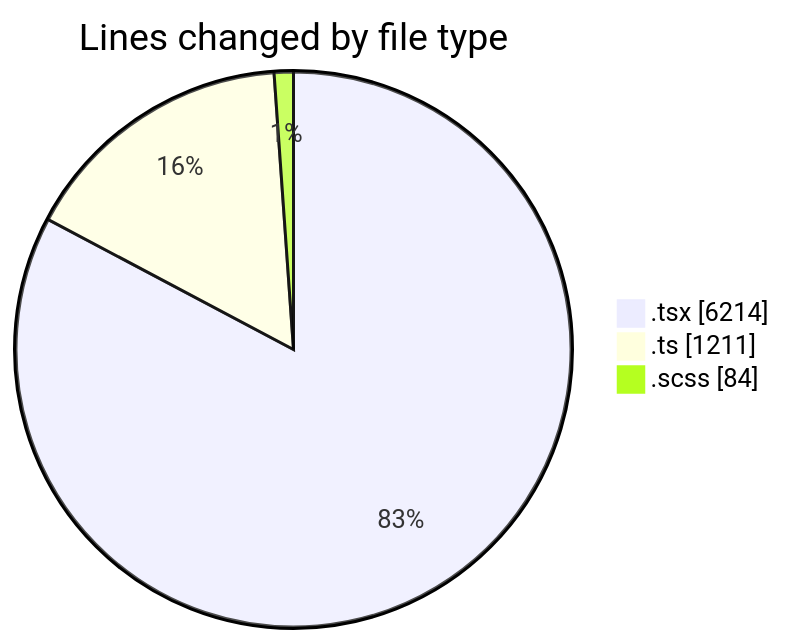
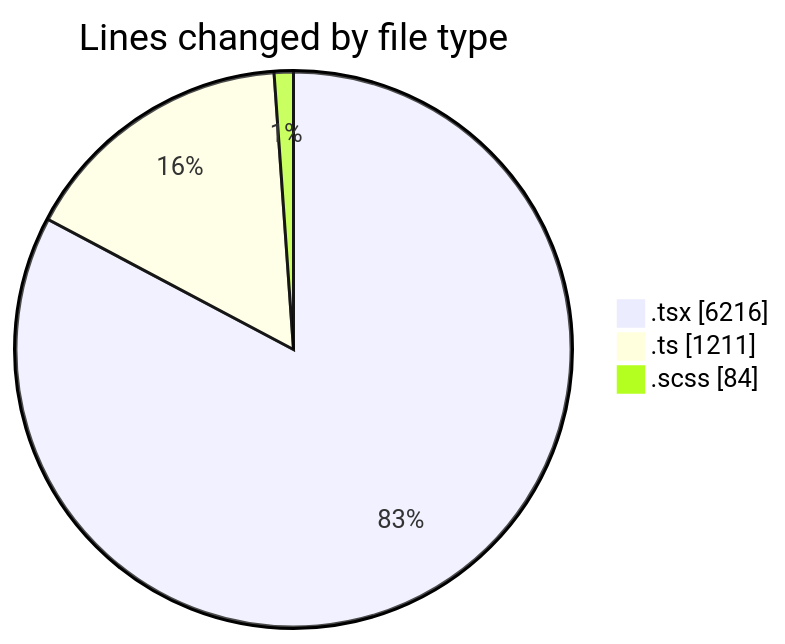
Before and after one commit to momahboobian/code-tracking: the first of 2 diagrams in 2025-07-02/cda/README.md, drawn with Mermaid. The commit also changed other lines of this file and 1 other file, not shown here.

````diff
--- a/2025-07-02/cda/README.md
+++ b/2025-07-02/cda/README.md
@@ -38,7 +38,7 @@
 ```mermaid
 pie showData
 title Lines changed by file type
-".tsx" : 6214
+".tsx" : 6216
 ".ts" : 1211
 ".scss" : 84
 ```
````
